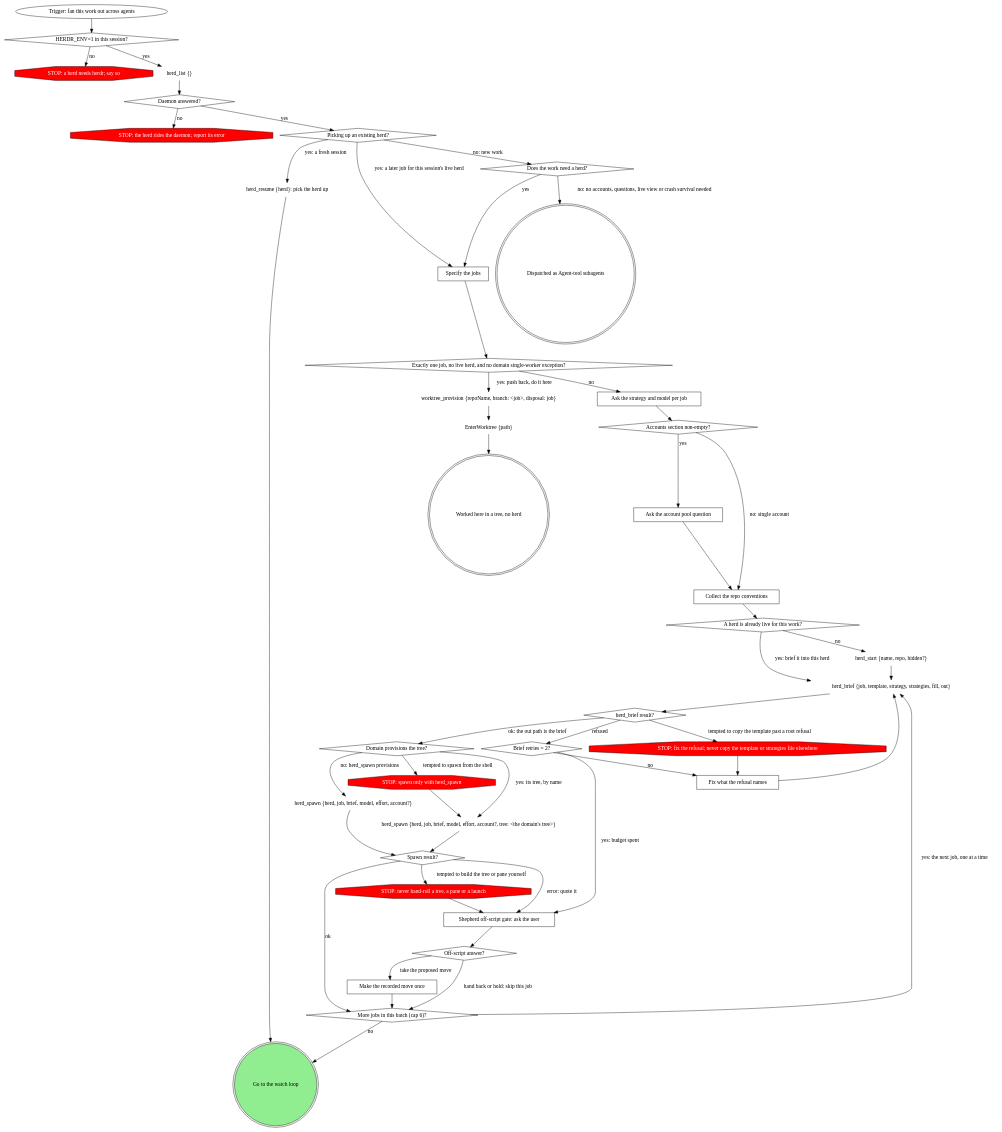
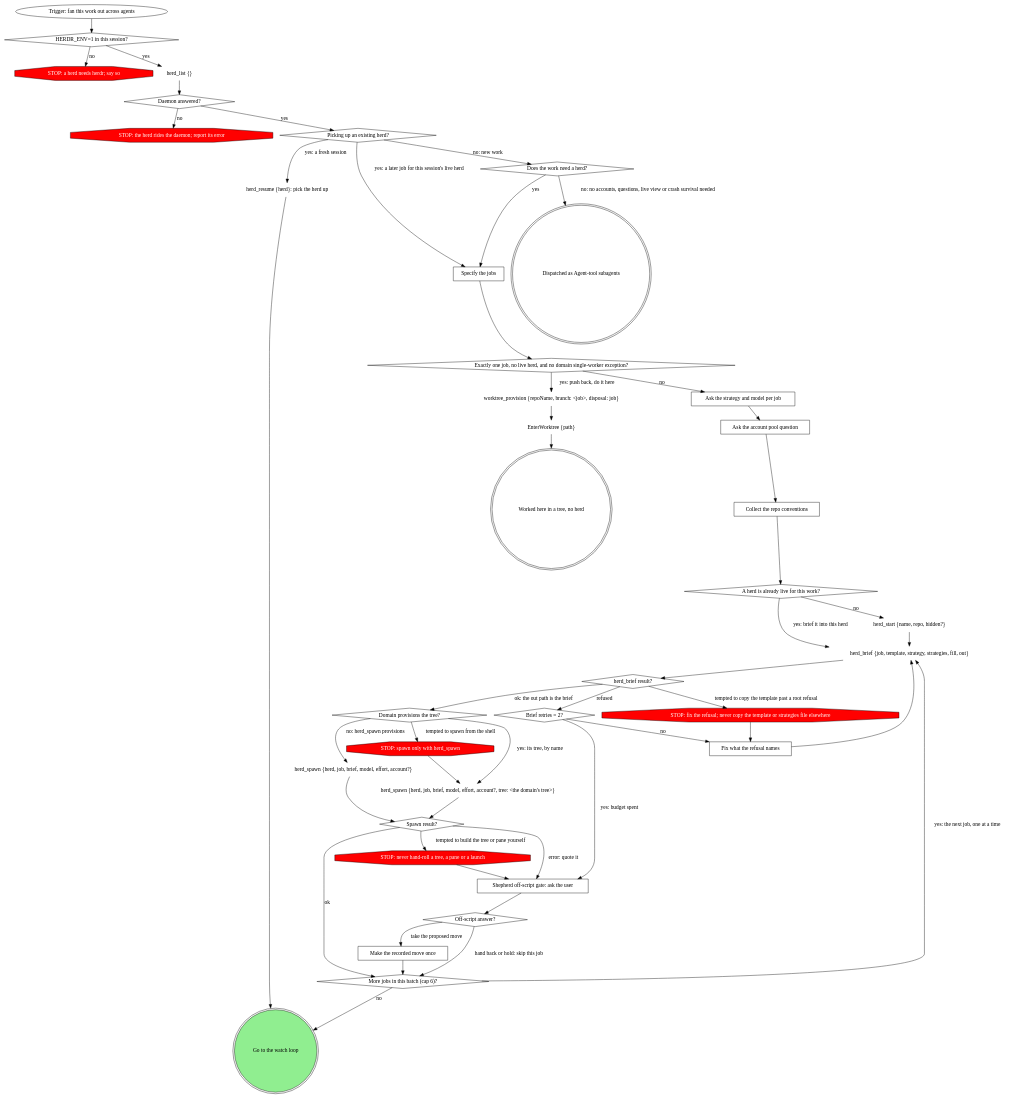
One commit to m4ttstack/mattstack changed the first of 3 diagrams in plugins/mattstack/skills/shepherdr/SKILL.md. Above: the diagram before and after it, drawn with Graphviz. The commit also changed other lines of this file and 6 other files, not shown here.

Commit message:
shepherdr: drop the dead Accounts-empty branches from the graphs and blocks

```diff
--- a/plugins/mattstack/skills/shepherdr/SKILL.md
+++ b/plugins/mattstack/skills/shepherdr/SKILL.md
@@ -251,7 +251,6 @@
     enter_worktree [label="EnterWorktree {path}" shape=plaintext];
     worked_in_tree [label="Worked here in a tree, no herd" shape=doublecircle];
     ask_strategy_model [label="Ask the strategy and model per job" shape=box];
-    accounts_section_filled [label="Accounts section non-empty?" shape=diamond];
     ask_account_pool [label="Ask the account pool question" shape=box];
     collect_repo_conventions [label="Collect the repo conventions" shape=box];
     herd_already_live [label="A herd is already live for this work?" shape=diamond];
@@ -290,9 +289,7 @@
     single_job_no_herd -> ask_strategy_model [label="no"];
     worktree_provision -> enter_worktree;
     enter_worktree -> worked_in_tree;
-    ask_strategy_model -> accounts_section_filled;
-    accounts_section_filled -> ask_account_pool [label="yes"];
-    accounts_section_filled -> collect_repo_conventions [label="no: single account"];
+    ask_strategy_model -> ask_account_pool;
     ask_account_pool -> collect_repo_conventions;
     collect_repo_conventions -> herd_already_live;
     herd_already_live -> herd_start [label="no"];
```
